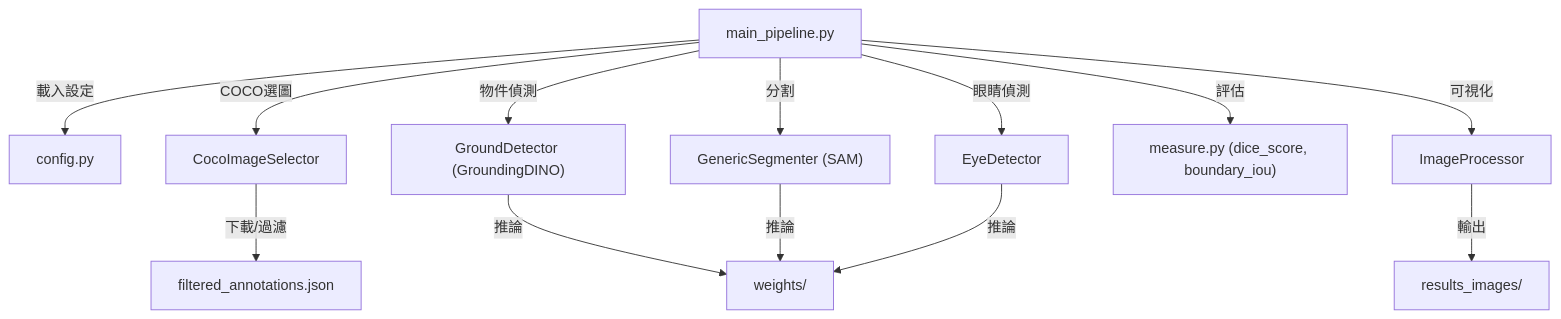
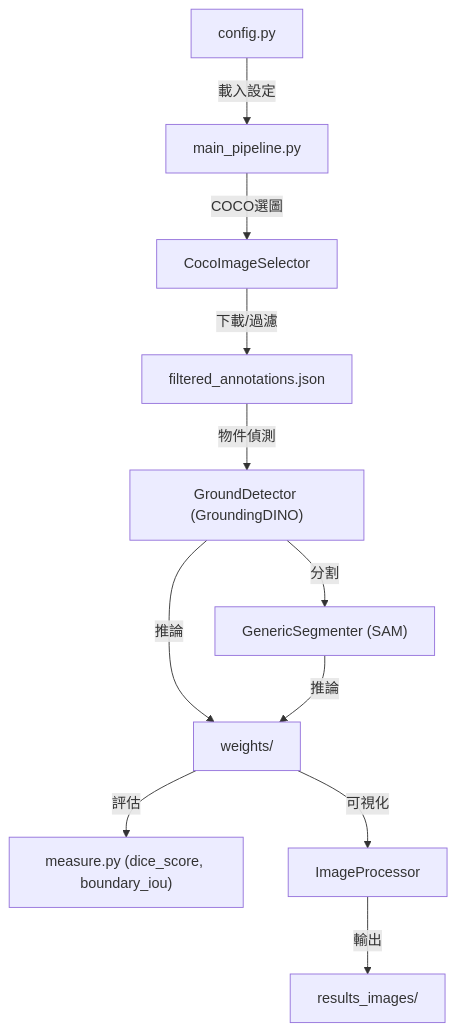
Before and after one commit to ykk8687/Metrology: the second of 2 diagrams in README.md, drawn with Mermaid. The commit also changed 1 other file, not shown here.

Commit message:
test README.md mermaid

````diff
--- a/README.md
+++ b/README.md
@@ -57,13 +57,12 @@
 ```mermaid
 graph TD;
-    A["main_pipeline.py"] -->|載入設定| B["config.py"];
+    B["config.py"] -->|載入設定| A["main_pipeline.py"];
     A -->|COCO選圖| C["CocoImageSelector"];
-    A -->|物件偵測| D["GroundDetector (GroundingDINO)"];
-    A -->|分割| E["GenericSegmenter (SAM)"];
-    A -->|眼睛偵測| F["EyeDetector"];
-    A -->|評估| G["measure.py (dice_score, boundary_iou)"];
-    A -->|可視化| H["ImageProcessor"];
-    C -->|下載/過濾| I["filtered_annotations.json"];
-    D & E & F -->|推論| J["weights/"];
-    H -->|輸出| K["results_images/"];
+    C -->|下載/過濾| H["filtered_annotations.json"];
+    H -->|物件偵測| D["GroundDetector (GroundingDINO)"];
+    D -->|分割| E["GenericSegmenter (SAM)"];
+    I["weights/"] -->|評估| F["measure.py (dice_score, boundary_iou)"];
+    I -->|可視化| G["ImageProcessor"];
+    D & E -->|推論| I;
+    G -->|輸出| J["results_images/"];
 ```
````
